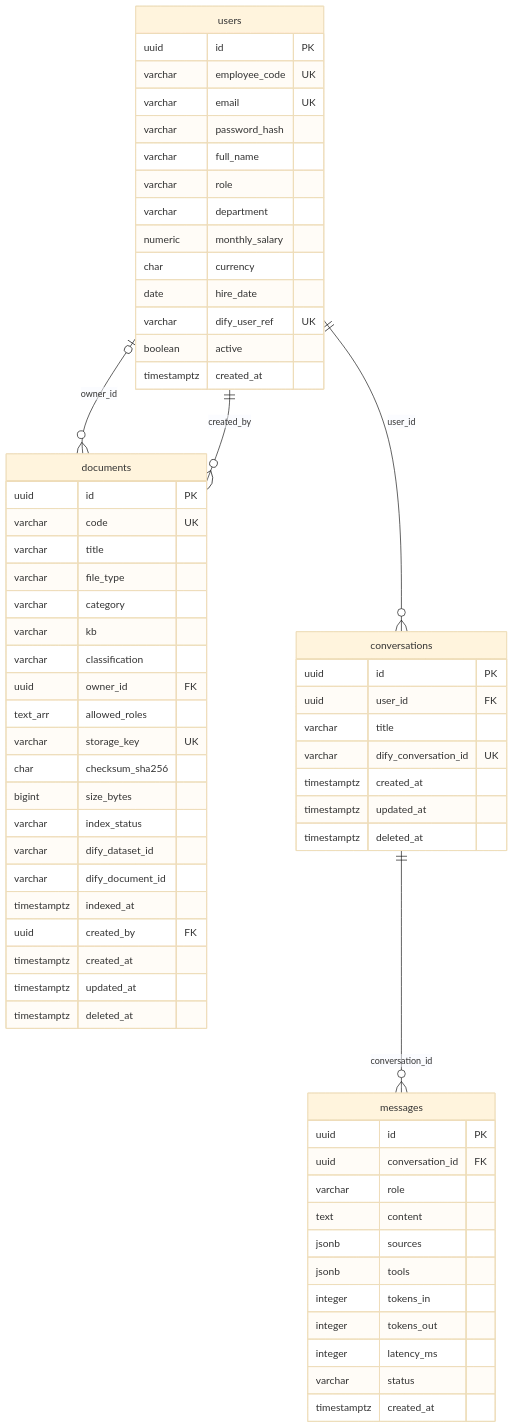
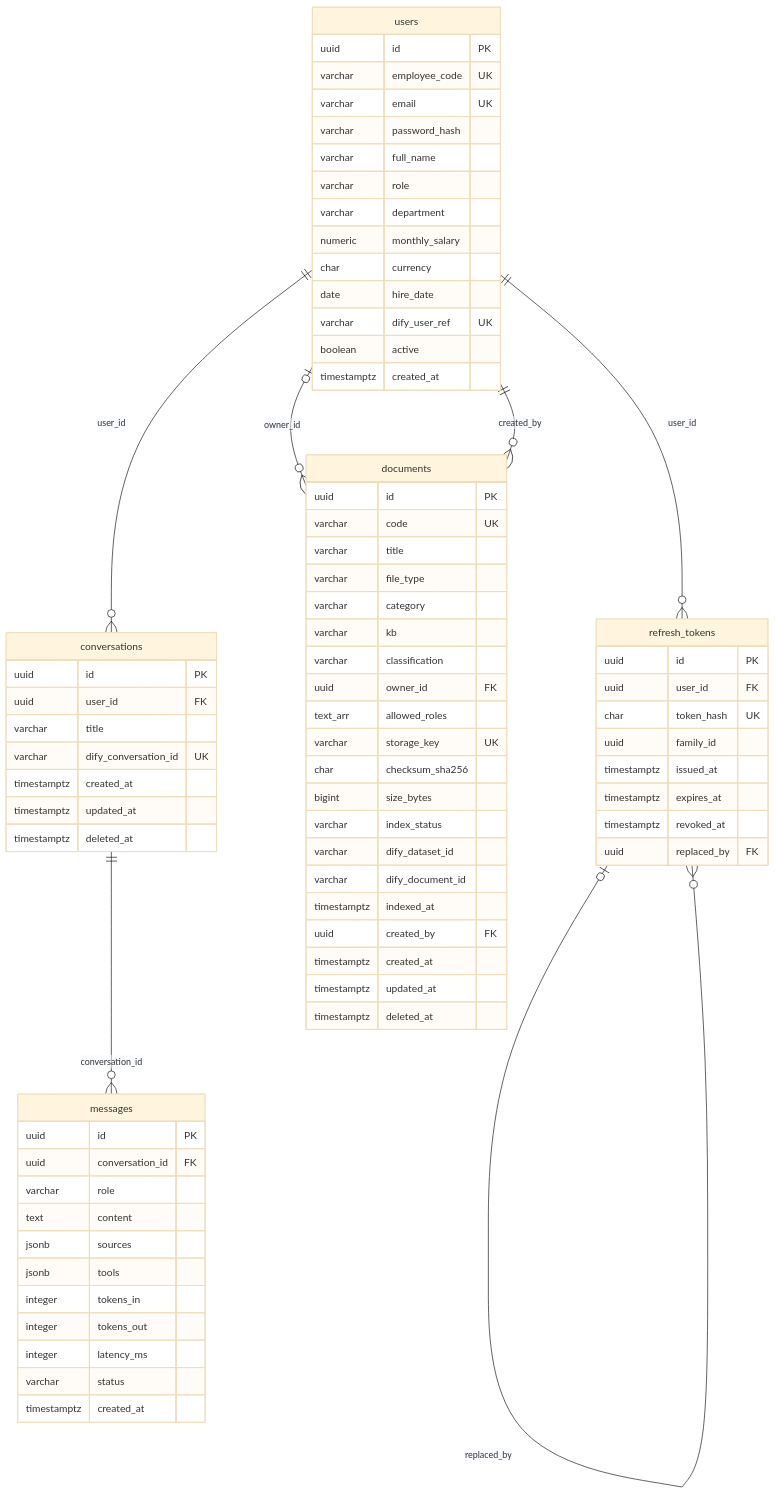
The second of 4 diagrams in docs/data-model/erd.md (pedroamas/segur_plus), drawn with Mermaid (base theme) before and after one commit. The commit also changed other lines of this file and 1 other file, not shown here.

Commit message:
Esquema: sin IVA (importe único) y tabla refresh_tokens (12 tablas), ERD regenerado

````diff
--- a/docs/data-model/erd.md
+++ b/docs/data-model/erd.md
@@ -25,66 +27,78 @@
 ```mermaid
 erDiagram
   users {
     uuid id PK
     varchar employee_code UK
     varchar email UK
     varchar password_hash
     varchar full_name
     varchar role
     varchar department
     numeric monthly_salary
     char currency
     date hire_date
     varchar dify_user_ref UK
     boolean active
     timestamptz created_at
+  }
+  refresh_tokens {
+    uuid id PK
+    uuid user_id FK
+    char token_hash UK
+    uuid family_id
+    timestamptz issued_at
+    timestamptz expires_at
+    timestamptz revoked_at
+    uuid replaced_by FK
   }
   documents {
     uuid id PK
     varchar code UK
     varchar title
     varchar file_type
     varchar category
     varchar kb
     varchar classification
     uuid owner_id FK
     text_arr allowed_roles
     varchar storage_key UK
     char checksum_sha256
     bigint size_bytes
     varchar index_status
     varchar dify_dataset_id
     varchar dify_document_id
     timestamptz indexed_at
     uuid created_by FK
     timestamptz created_at
     timestamptz updated_at
     timestamptz deleted_at
   }
   conversations {
     uuid id PK
     uuid user_id FK
     varchar title
     varchar dify_conversation_id UK
     timestamptz created_at
     timestamptz updated_at
     timestamptz deleted_at
   }
   messages {
     uuid id PK
     uuid conversation_id FK
     varchar role
     text content
     jsonb sources
     jsonb tools
     integer tokens_in
     integer tokens_out
     integer latency_ms
     varchar status
     timestamptz created_at
   }
+  users ||--o{ refresh_tokens : "user_id"
+  refresh_tokens |o--o{ refresh_tokens : "replaced_by"
   users |o--o{ documents : "owner_id"
   users ||--o{ documents : "created_by"
   users ||--o{ conversations : "user_id"
   conversations ||--o{ messages : "conversation_id"
 ```
````
